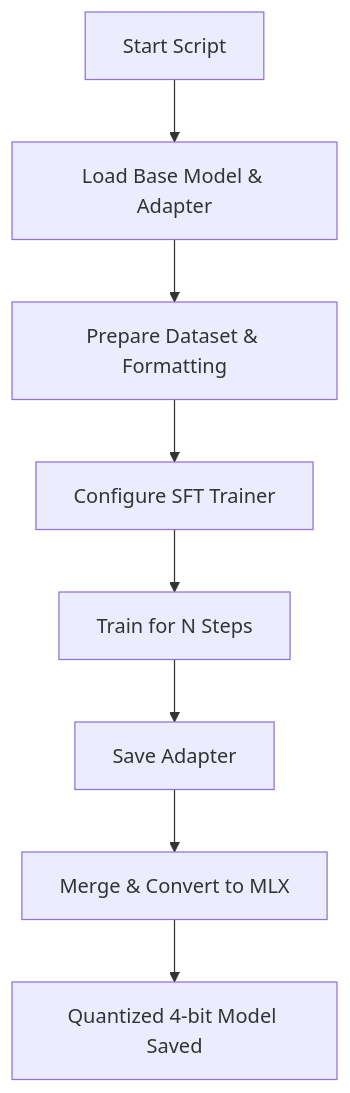
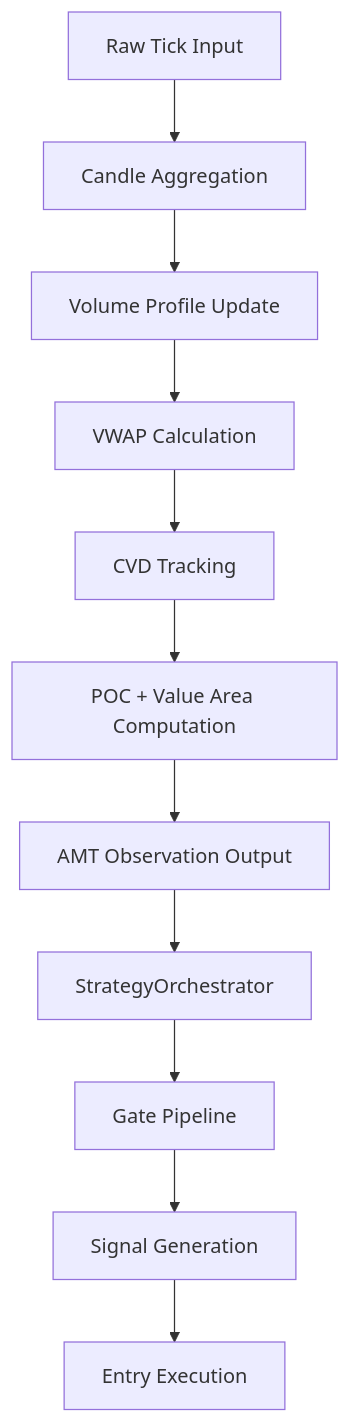
One commit to gemrajkhatry-maker/v5-of-glassytrade-ai changed the ninth of 10 diagrams in .qoder/repowiki/en/content/Advanced Topics/Advanced Topics.md. Above: the diagram before and after it, drawn with Mermaid. The commit also changed other lines of this file and 930 other files, not shown here.

````diff
--- a/.qoder/repowiki/en/content/Advanced Topics/Advanced Topics.md
+++ b/.qoder/repowiki/en/content/Advanced Topics/Advanced Topics.md
@@ -334,10 +469,13 @@
 ```mermaid
 flowchart TD
-A["Start Script"] --> B["Load Base Model & Adapter"]
-B --> C["Prepare Dataset & Formatting"]
-C --> D["Configure SFT Trainer"]
-D --> E["Train for N Steps"]
-E --> F["Save Adapter"]
-F --> G["Merge & Convert to MLX"]
-G --> H["Quantized 4-bit Model Saved"]
+A["Raw Tick Input"] --> B["Candle Aggregation"]
+B --> C["Volume Profile Update"]
+C --> D["VWAP Calculation"]
+D --> E["CVD Tracking"]
+E --> F["POC + Value Area Computation"]
+F --> G["AMT Observation Output"]
+G --> H["StrategyOrchestrator"]
+H --> I["Gate Pipeline"]
+I --> J["Signal Generation"]
+J --> K["Entry Execution"]
 ```
````
